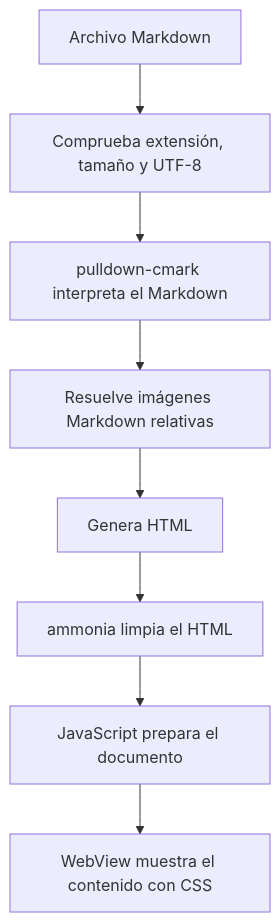
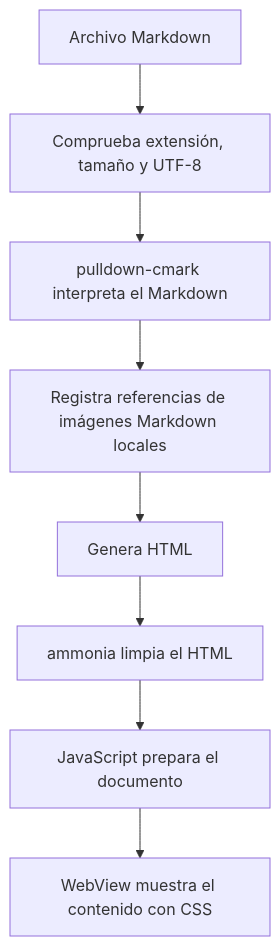
One commit to JorgeAgar/markdown-viewer changed the third of 4 diagrams in docs/arquitectura.md. Above: the diagram before and after it, drawn with Mermaid. The commit also changed other lines of this file and 15 other files, not shown here.

Commit message:
Diferir las imágenes locales hasta después del primer pintado

````diff
--- a/docs/arquitectura.md
+++ b/docs/arquitectura.md
@@ -73,10 +73,10 @@
 ```mermaid
 flowchart TD
     Archivo["Archivo Markdown"] --> Validacion["Comprueba extensión, tamaño y UTF-8"]
     Validacion --> Parser["pulldown-cmark interpreta el Markdown"]
-    Parser --> Imagenes["Resuelve imágenes Markdown relativas"]
+    Parser --> Imagenes["Registra referencias de imágenes Markdown locales"]
     Imagenes --> HTML["Genera HTML"]
     HTML --> Limpieza["ammonia limpia el HTML"]
     Limpieza --> Interfaz["JavaScript prepara el documento"]
     Interfaz --> Vista["WebView muestra el contenido con CSS"]
 ```
````
